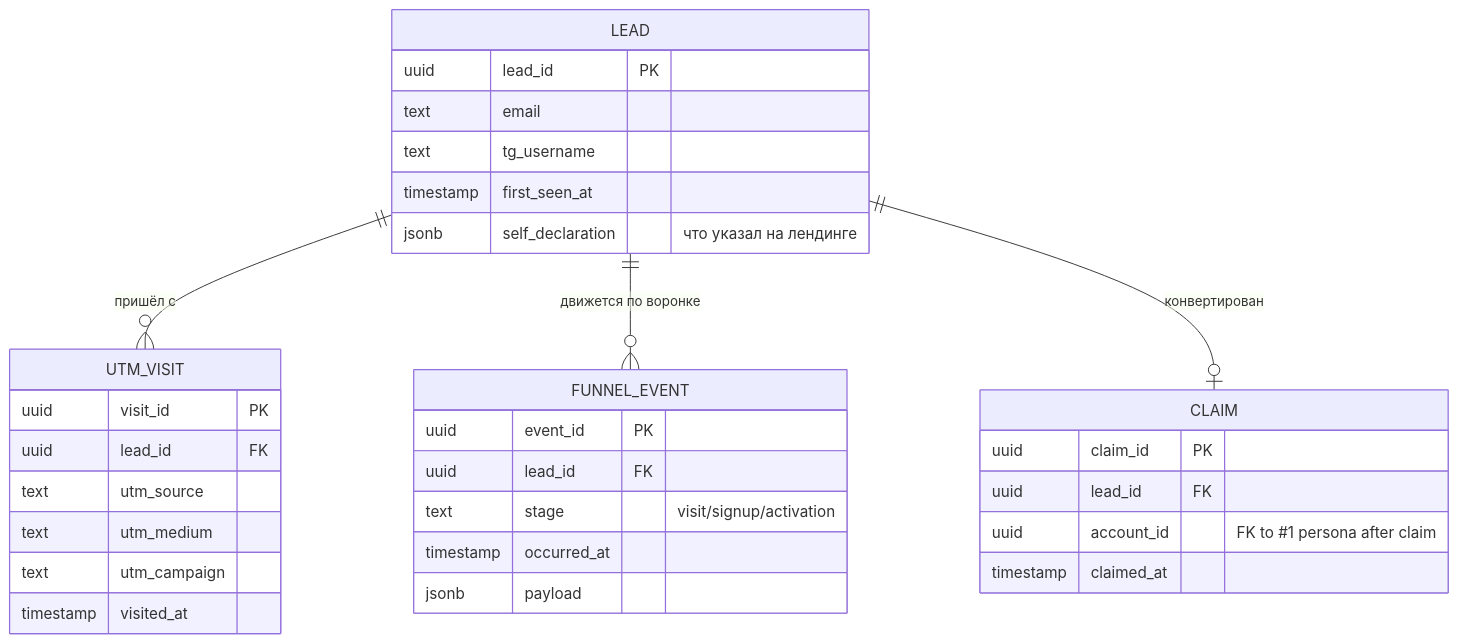
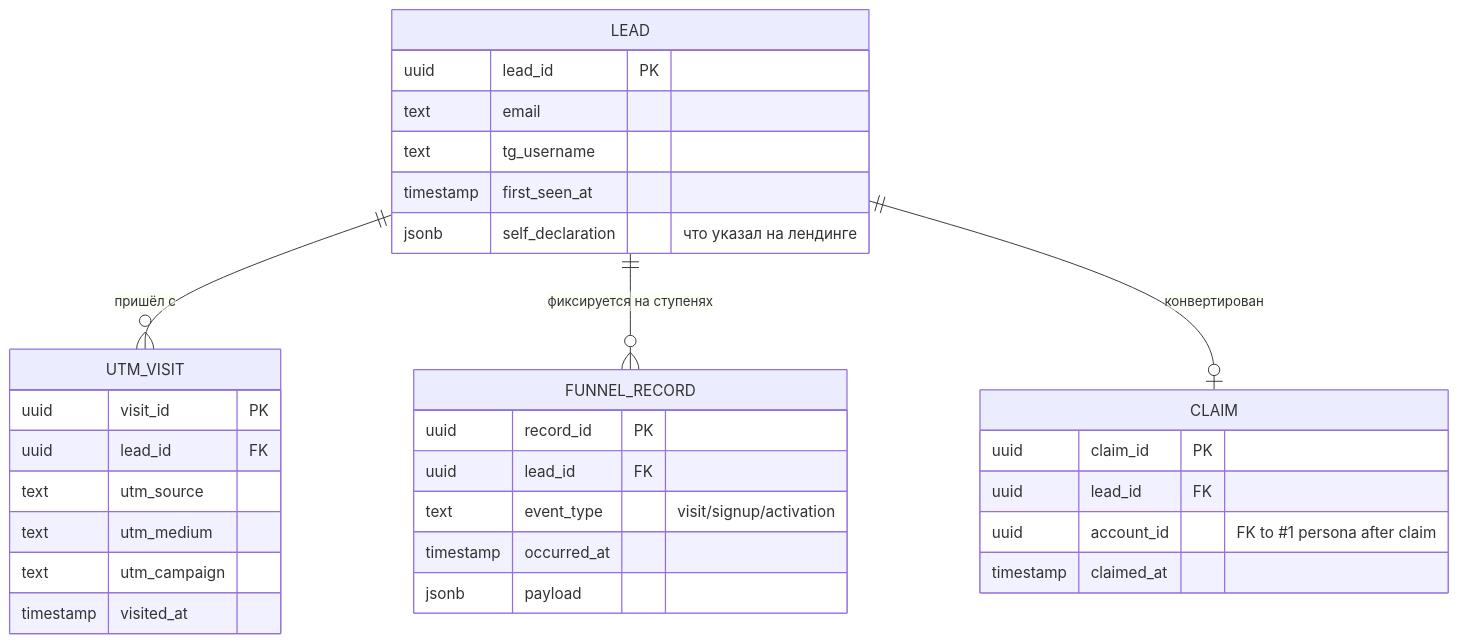
Before and after one commit to TserenTserenov/PACK-digital-platform: diagram 12 of 17 in pack/digital-platform/02-domain-entities/DP.ARCH.004-neon-data-architecture.md, drawn with Mermaid. The commit also changed other lines of this file and 2 other files, not shown here.

````diff
--- a/pack/digital-platform/02-domain-entities/DP.ARCH.004-neon-data-architecture.md
+++ b/pack/digital-platform/02-domain-entities/DP.ARCH.004-neon-data-architecture.md
@@ -1050,35 +1150,35 @@
 ```mermaid
 erDiagram
     LEAD ||--o{ UTM_VISIT : "пришёл с"
-    LEAD ||--o{ FUNNEL_EVENT : "движется по воронке"
+    LEAD ||--o{ FUNNEL_RECORD : "фиксируется на ступенях"
     LEAD ||--o| CLAIM : "конвертирован"
 
     LEAD {
         uuid lead_id PK
         text email
         text tg_username
         timestamp first_seen_at
         jsonb self_declaration "что указал на лендинге"
     }
     UTM_VISIT {
         uuid visit_id PK
         uuid lead_id FK
         text utm_source
         text utm_medium
         text utm_campaign
         timestamp visited_at
     }
-    FUNNEL_EVENT {
-        uuid event_id PK
+    FUNNEL_RECORD {
+        uuid record_id PK
         uuid lead_id FK
-        text stage "visit/signup/activation"
+        text event_type "visit/signup/activation"
         timestamp occurred_at
         jsonb payload
     }
     CLAIM {
         uuid claim_id PK
         uuid lead_id FK
         uuid account_id "FK to #1 persona after claim"
         timestamp claimed_at
     }
 ```
````
